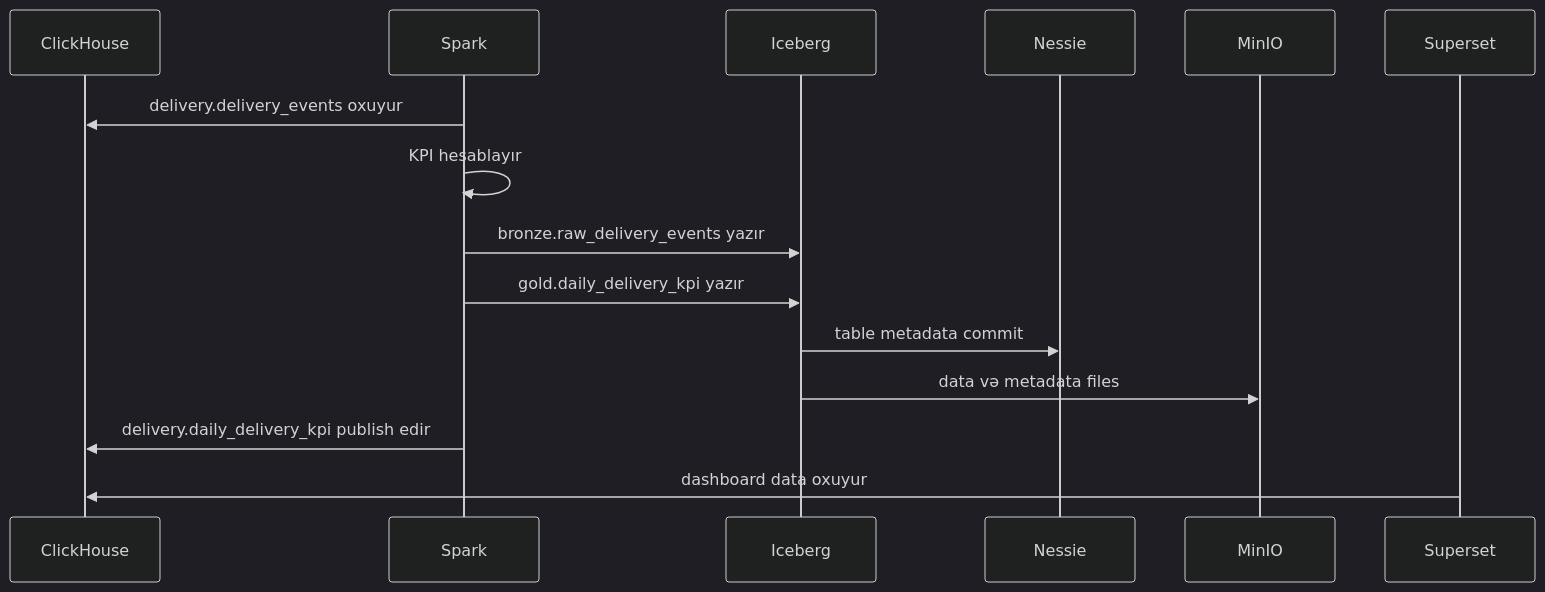
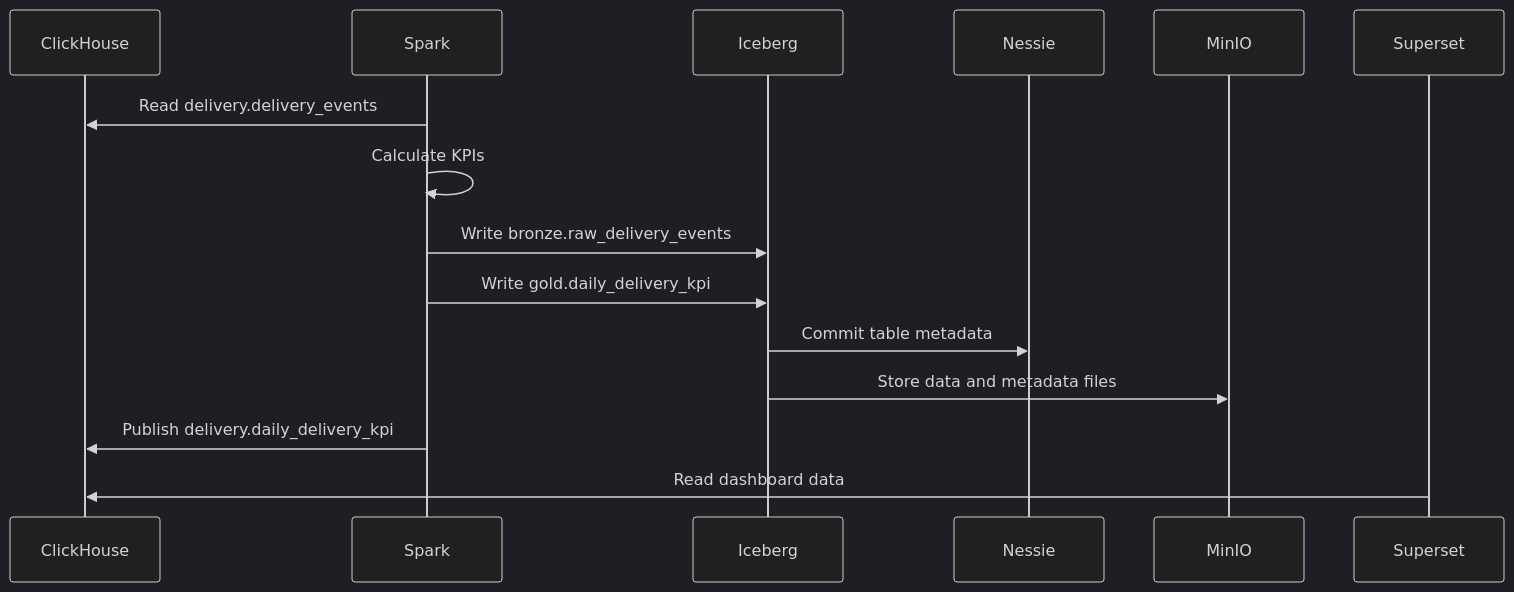
Before and after one commit to VugarMammadov87/deliveryflow-project: the fourth of 4 diagrams in README.md, drawn with Mermaid (dark theme). The commit also changed other lines of this file and 37 other files, not shown here.

````diff
--- a/README.md
+++ b/README.md
@@ -517,18 +555,18 @@
 ```mermaid
 sequenceDiagram
     participant C as ClickHouse
     participant S as Spark
     participant I as Iceberg
     participant N as Nessie
     participant M as MinIO
     participant BI as Superset
 
-    S->>C: delivery.delivery_events oxuyur
-    S->>S: KPI hesablayır
-    S->>I: bronze.raw_delivery_events yazır
-    S->>I: gold.daily_delivery_kpi yazır
-    I->>N: table metadata commit
-    I->>M: data və metadata files
-    S->>C: delivery.daily_delivery_kpi publish edir
-    BI->>C: dashboard data oxuyur
+    S->>C: Read delivery.delivery_events
+    S->>S: Calculate KPIs
+    S->>I: Write bronze.raw_delivery_events
+    S->>I: Write gold.daily_delivery_kpi
+    I->>N: Commit table metadata
+    I->>M: Store data and metadata files
+    S->>C: Publish delivery.daily_delivery_kpi
+    BI->>C: Read dashboard data
 ```
````
